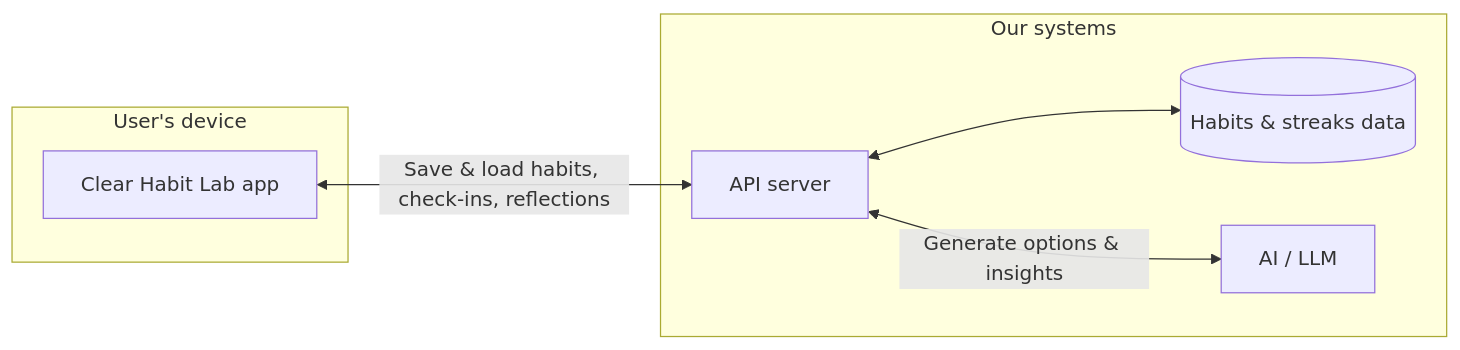
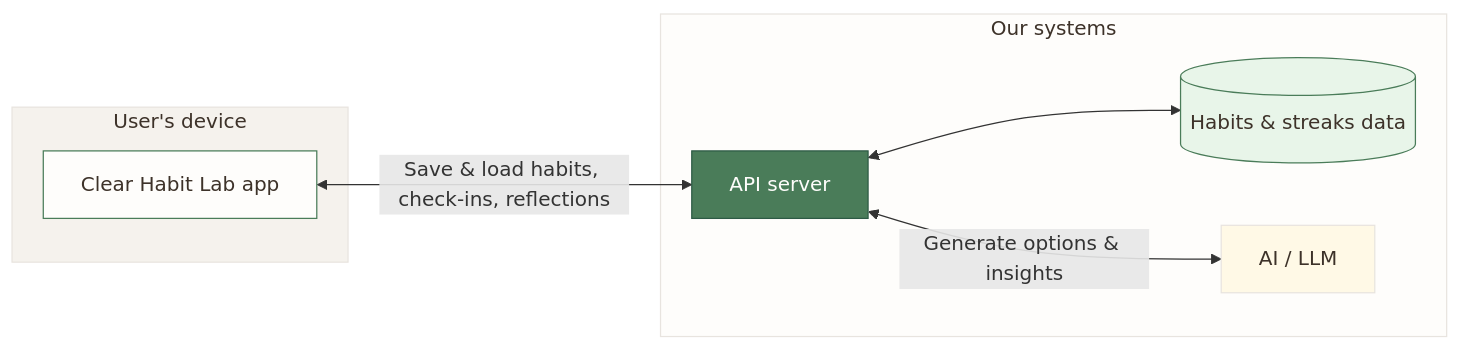
Before and after one commit to girisheduru/chlapp: the third of 3 diagrams in docs/product-overview-diagram.md, drawn with Mermaid. The commit also changed other lines of this file, not shown here.

Commit message:
update the diagram style

````diff
--- a/docs/product-overview-diagram.md
+++ b/docs/product-overview-diagram.md
@@ -81,16 +97,23 @@
 ```mermaid
 flowchart LR
   subgraph UserDevice["User's device"]
     App[Clear Habit Lab app]
   end
 
   subgraph OurSystems["Our systems"]
     API[API server]
     DB[(Habits & streaks data)]
     AI[AI / LLM]
   end
 
   App <-->|"Save & load habits, check-ins, reflections"| API
   API <--> DB
   API <-->|"Generate options & insights"| AI
+
+  style UserDevice fill:#F5F2ED,stroke:#E8E4DF,color:#3D3229
+  style OurSystems fill:#FEFDFB,stroke:#E8E4DF,color:#3D3229
+  style App fill:#FEFDFB,stroke:#4A7C59,color:#3D3229
+  style API fill:#4A7C59,stroke:#2D5A45,color:#FEFDFB
+  style DB fill:#E8F5E9,stroke:#4A7C59,color:#3D3229
+  style AI fill:#FFF9E6,stroke:#E8E4DF,color:#3D3229
 ```
````
